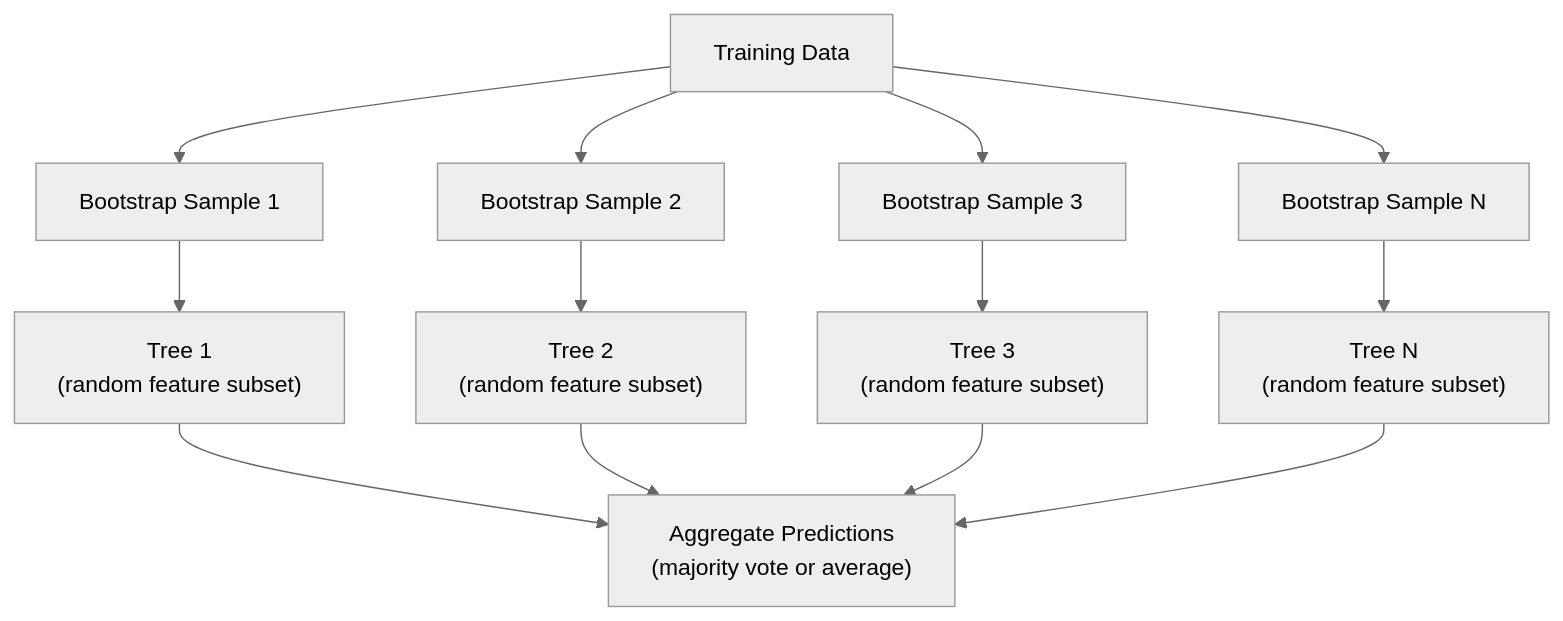
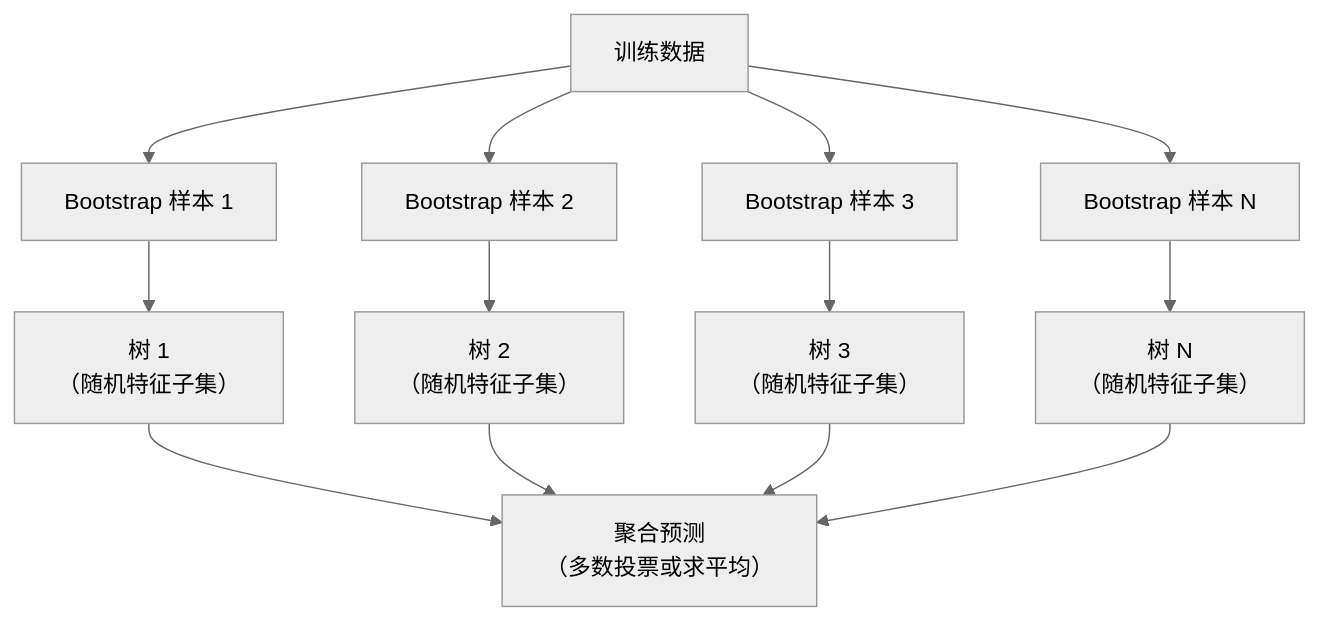
The second of 2 diagrams in phases/02-ml-fundamentals/04-decision-trees/docs/zh.md (JerryC8080/ai-engineering-from-scratch-zh), drawn with Mermaid (neutral theme) before and after one commit. The commit also changed other lines of this file and 156 other files, not shown here.

First line of the commit message:
i18n(zh): translate mermaid diagram labels in 157 lesson zh.md

````diff
--- a/phases/02-ml-fundamentals/04-decision-trees/docs/zh.md
+++ b/phases/02-ml-fundamentals/04-decision-trees/docs/zh.md
@@ -140,15 +140,15 @@
 ```mermaid
 graph TD
-    D["Training Data"] --> B1["Bootstrap Sample 1"]
-    D --> B2["Bootstrap Sample 2"]
-    D --> B3["Bootstrap Sample 3"]
-    D --> BN["Bootstrap Sample N"]
-    B1 --> T1["Tree 1<br>(random feature subset)"]
-    B2 --> T2["Tree 2<br>(random feature subset)"]
-    B3 --> T3["Tree 3<br>(random feature subset)"]
-    BN --> TN["Tree N<br>(random feature subset)"]
-    T1 --> V["Aggregate Predictions<br>(majority vote or average)"]
+    D["训练数据"] --> B1["Bootstrap 样本 1"]
+    D --> B2["Bootstrap 样本 2"]
+    D --> B3["Bootstrap 样本 3"]
+    D --> BN["Bootstrap 样本 N"]
+    B1 --> T1["树 1<br>（随机特征子集）"]
+    B2 --> T2["树 2<br>（随机特征子集）"]
+    B3 --> T3["树 3<br>（随机特征子集）"]
+    BN --> TN["树 N<br>（随机特征子集）"]
+    T1 --> V["聚合预测<br>（多数投票或求平均）"]
     T2 --> V
     T3 --> V
     TN --> V
 ```
````
